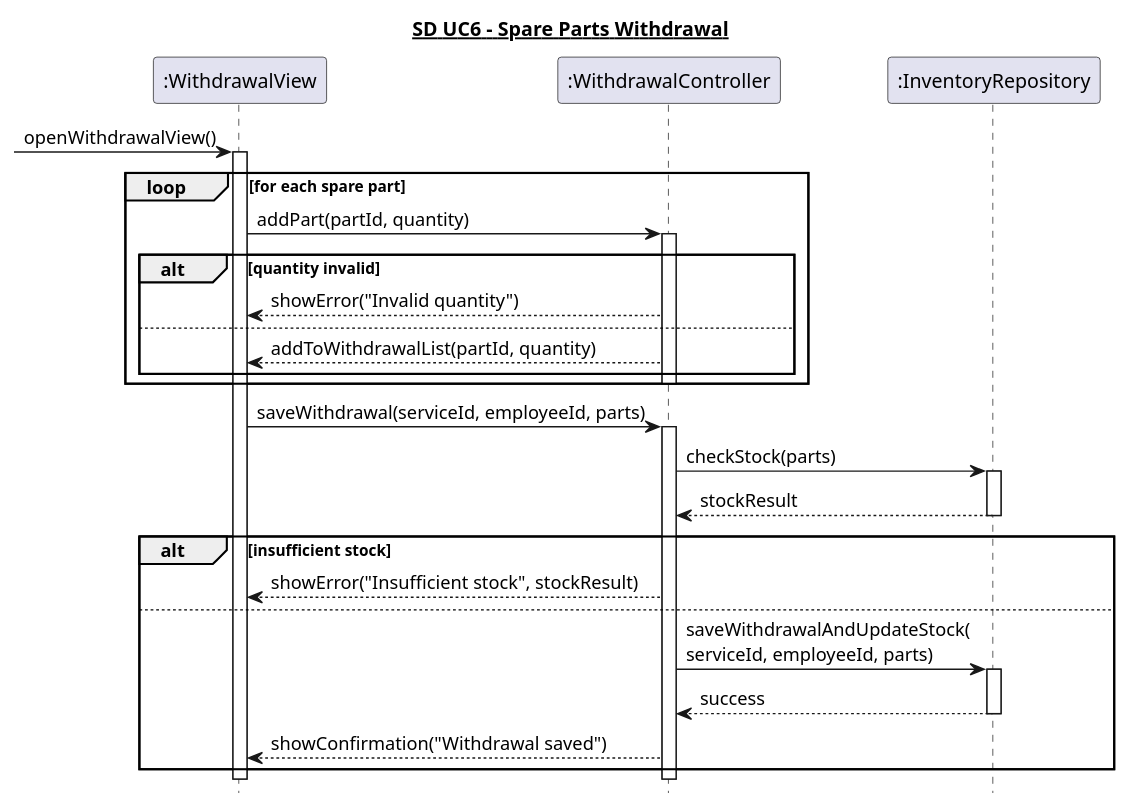
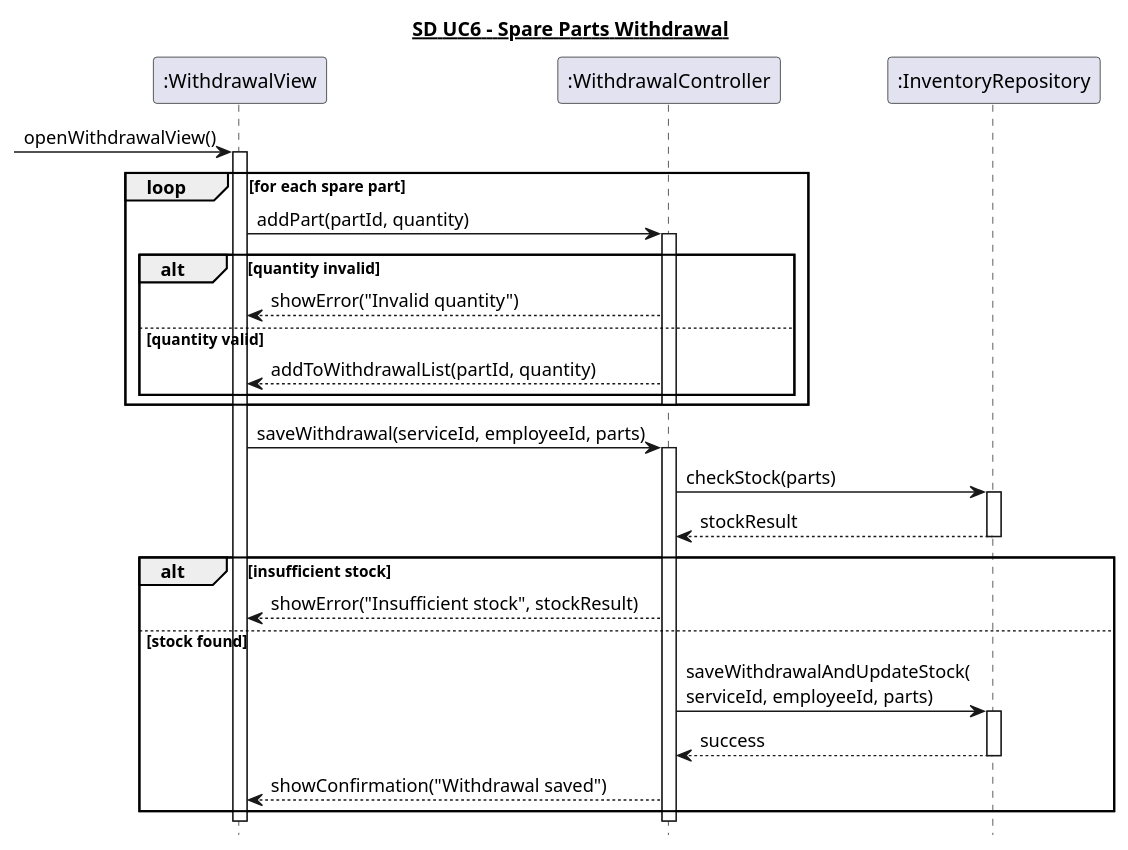
One commit to Zoabz/Getting-Real changed the diagram in 6. Sekvensdiagrammer/UC6_reservedel_udtag.puml. Above: the diagram before and after it, drawn with PlantUML. The commit also changed 15 other files, not shown here.

```diff
--- a/6. Sekvensdiagrammer/UC6_reservedel_udtag.puml
+++ b/6. Sekvensdiagrammer/UC6_reservedel_udtag.puml
@@ -1,49 +1,49 @@
 @startuml
 hide footbox
 title <U>SD UC6 - Spare Parts Withdrawal
 
 participant ":WithdrawalView" as View
 participant ":WithdrawalController" as Controller
 participant ":InventoryRepository" as Repository
 
 [-> View : openWithdrawalView()
 activate View
 
 loop for each spare part
     View -> Controller : addPart(partId, quantity)
     activate Controller
 
     alt quantity invalid
         Controller --> View : showError("Invalid quantity")
 
-    else 
+    else quantity valid 
         Controller --> View : addToWithdrawalList(partId, quantity)
     end
 
     deactivate Controller
 end
 
 View -> Controller : saveWithdrawal(serviceId, employeeId, parts)
 activate Controller
 
 Controller -> Repository : checkStock(parts)
 activate Repository
 Repository --> Controller : stockResult
 deactivate Repository
 
 alt insufficient stock
     Controller --> View : showError("Insufficient stock", stockResult)
 
-else 
+else stock found 
     Controller -> Repository : saveWithdrawalAndUpdateStock(\nserviceId, employeeId, parts)
     activate Repository
     Repository --> Controller : success
     deactivate Repository
 
     Controller --> View : showConfirmation("Withdrawal saved")
 end
 
 deactivate Controller
 deactivate View
 
 @enduml
```
